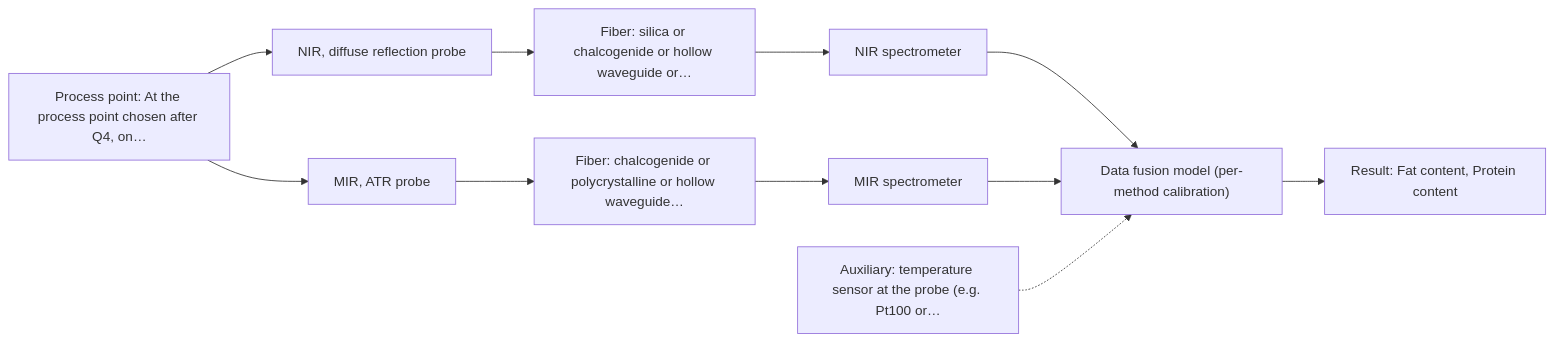
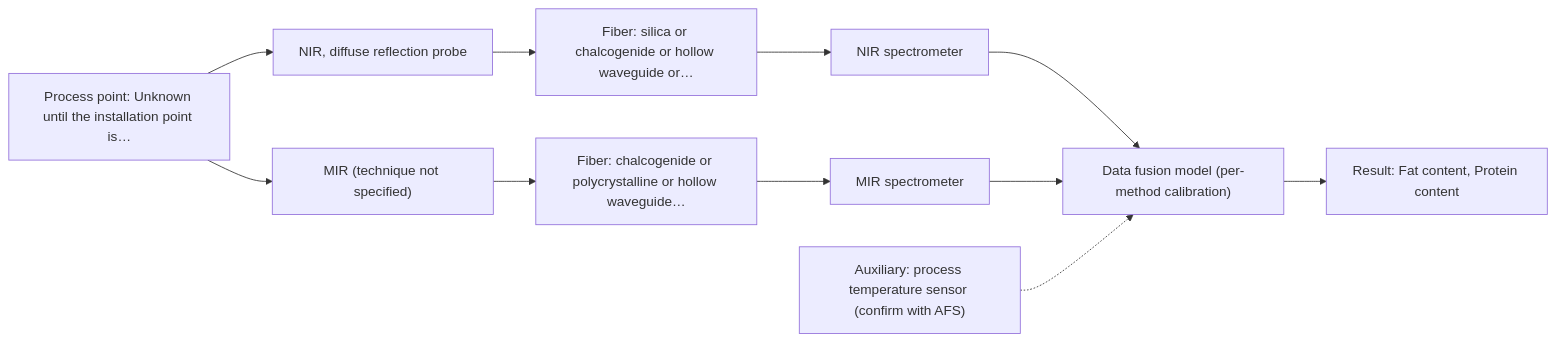
One commit to sleipnir029/Afs-Spectroscopy-Assistant changed the second of 2 diagrams in outputs/dev/D02.md. Above: the diagram before and after it, drawn with Mermaid. The commit also changed other lines of this file and 15 other files, not shown here.

Commit message:
3.R4 dev outputs: 8/8 pass, 0 hard failures, 236/236 citations, 14/14 charts, 8/8 cost classes

````diff
--- a/outputs/dev/D02.md
+++ b/outputs/dev/D02.md
@@ -35,23 +90,23 @@
 ```mermaid
 flowchart LR
-    proc["Process point: At the process point chosen after Q4, on…"]
+    proc["Process point: Unknown until the installation point is…"]
     probe1["NIR, diffuse reflection probe"]
     fiber1["Fiber: silica or chalcogenide or hollow waveguide or…"]
     spec1["NIR spectrometer"]
-    probe2["MIR, ATR probe"]
+    probe2["MIR (technique not specified)"]
     fiber2["Fiber: chalcogenide or polycrystalline or hollow waveguide…"]
     spec2["MIR spectrometer"]
     model["Data fusion model (per-method calibration)"]
     result["Result: Fat content, Protein content"]
-    aux1["Auxiliary: temperature sensor at the probe (e.g. Pt100 or…"]
+    aux1["Auxiliary: process temperature sensor (confirm with AFS)"]
     proc --> probe1
     probe1 --> fiber1
     fiber1 --> spec1
     spec1 --> model
     proc --> probe2
     probe2 --> fiber2
     fiber2 --> spec2
     spec2 --> model
     model --> result
     aux1 -.-> model
 ```
````
